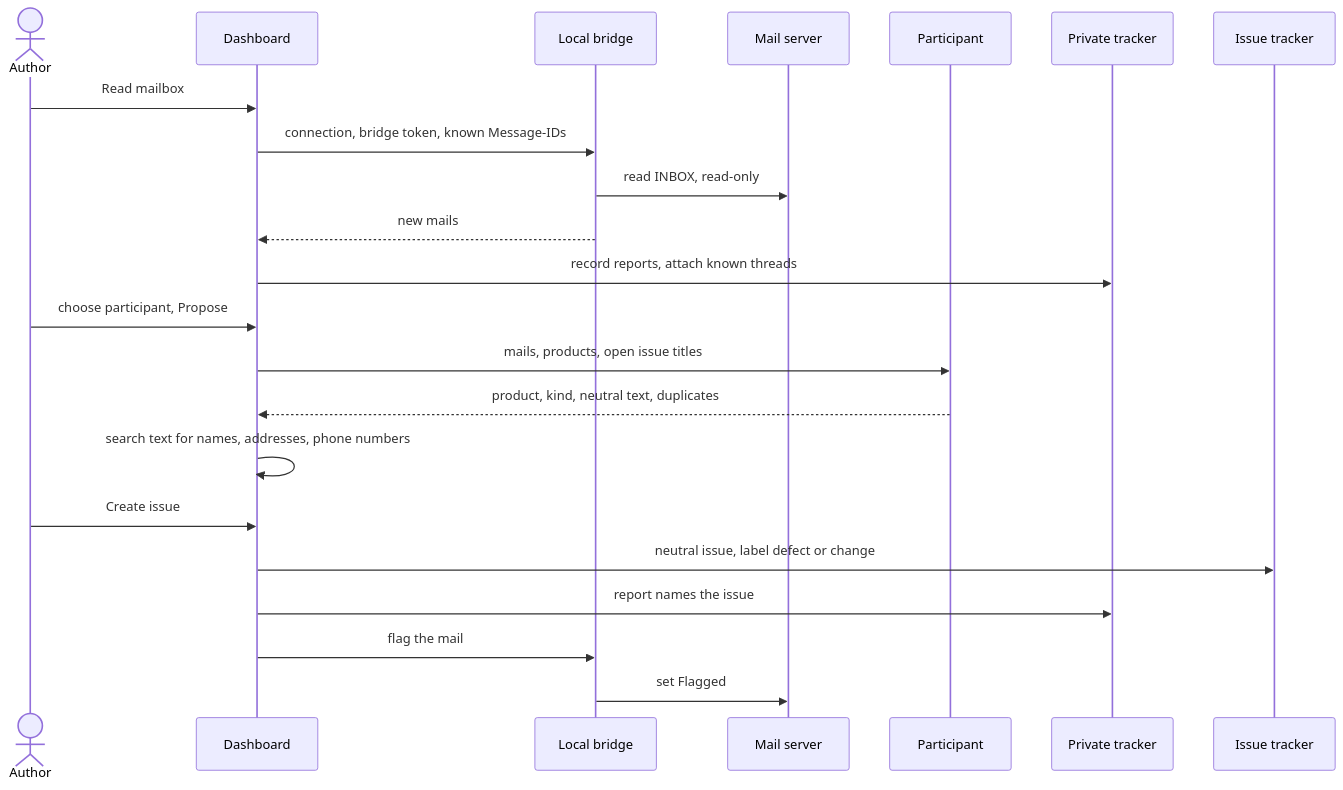
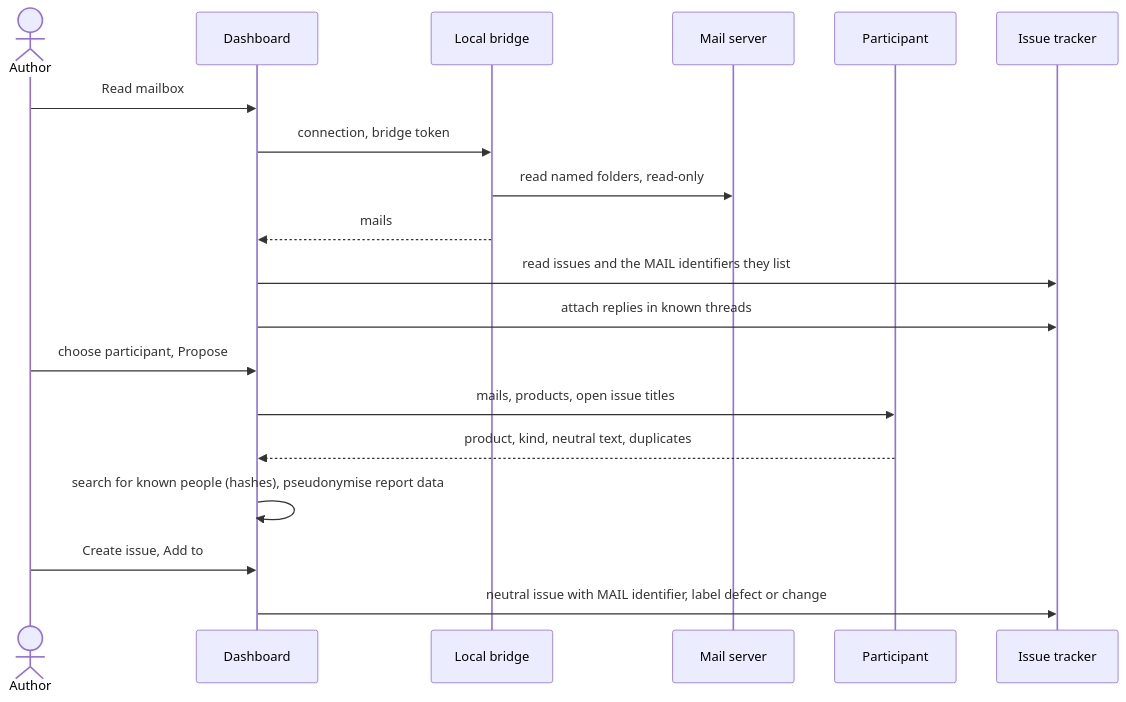
One commit to akmaier/agent-m changed the diagram in docs/use-cases/UC-038-turn-mails-into-issues.md. Above: the diagram before and after it, drawn with Mermaid. The commit also changed other lines of this file and 7 other files, not shown here.

First line of the commit message:
docs: Mail ohne privaten Tracker — Postfach speichert, Issue fuehrt Buch (PO 2026-09-29)

````diff
--- a/docs/use-cases/UC-038-turn-mails-into-issues.md
+++ b/docs/use-cases/UC-038-turn-mails-into-issues.md
@@ -127,24 +119,21 @@
 ```mermaid
 sequenceDiagram
     actor A as Author
     participant D as Dashboard
     participant B as Local bridge
     participant S as Mail server
     participant P as Participant
-    participant T as Private tracker
     participant I as Issue tracker
     A->>D: Read mailbox
-    D->>B: connection, bridge token, known Message-IDs
-    B->>S: read INBOX, read-only
-    B-->>D: new mails
-    D->>T: record reports, attach known threads
+    D->>B: connection, bridge token
+    B->>S: read named folders, read-only
+    B-->>D: mails
+    D->>I: read issues and the MAIL identifiers they list
+    D->>I: attach replies in known threads
     A->>D: choose participant, Propose
     D->>P: mails, products, open issue titles
     P-->>D: product, kind, neutral text, duplicates
-    D->>D: search text for names, addresses, phone numbers
-    A->>D: Create issue
-    D->>I: neutral issue, label defect or change
-    D->>T: report names the issue
-    D->>B: flag the mail
-    B->>S: set Flagged
+    D->>D: search for known people (hashes), pseudonymise report data
+    A->>D: Create issue, Add to #n, or Not an issue
+    D->>I: neutral issue with MAIL identifier, label defect or change
 ```
````
